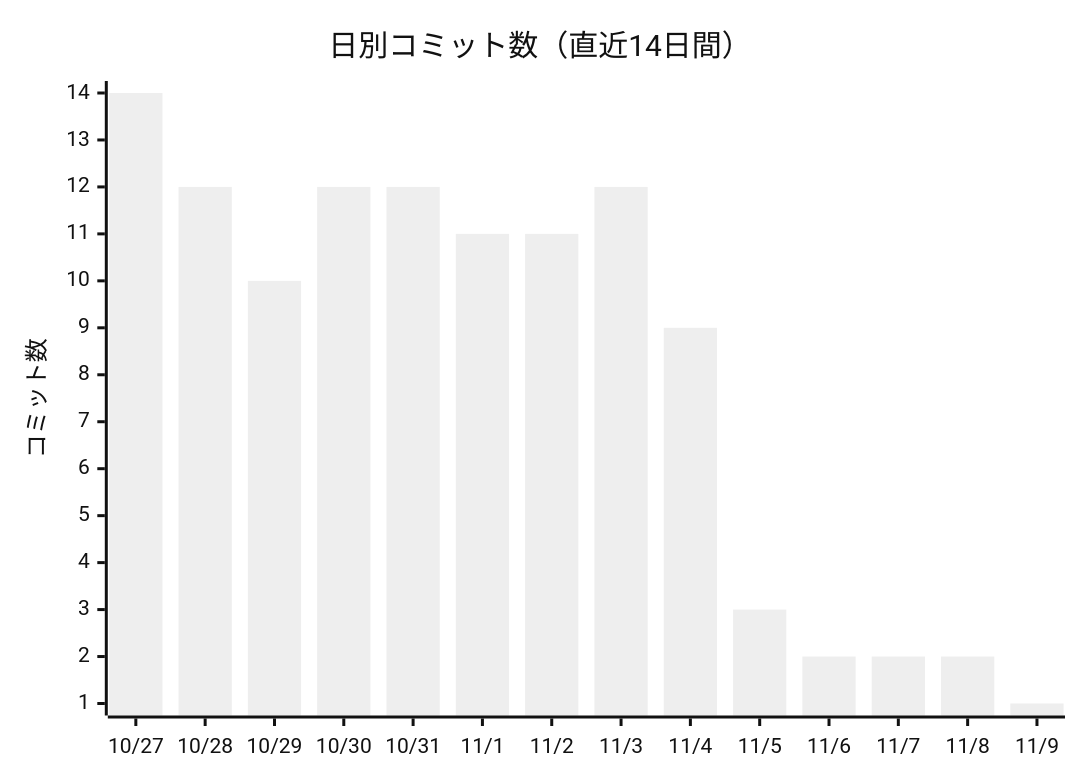
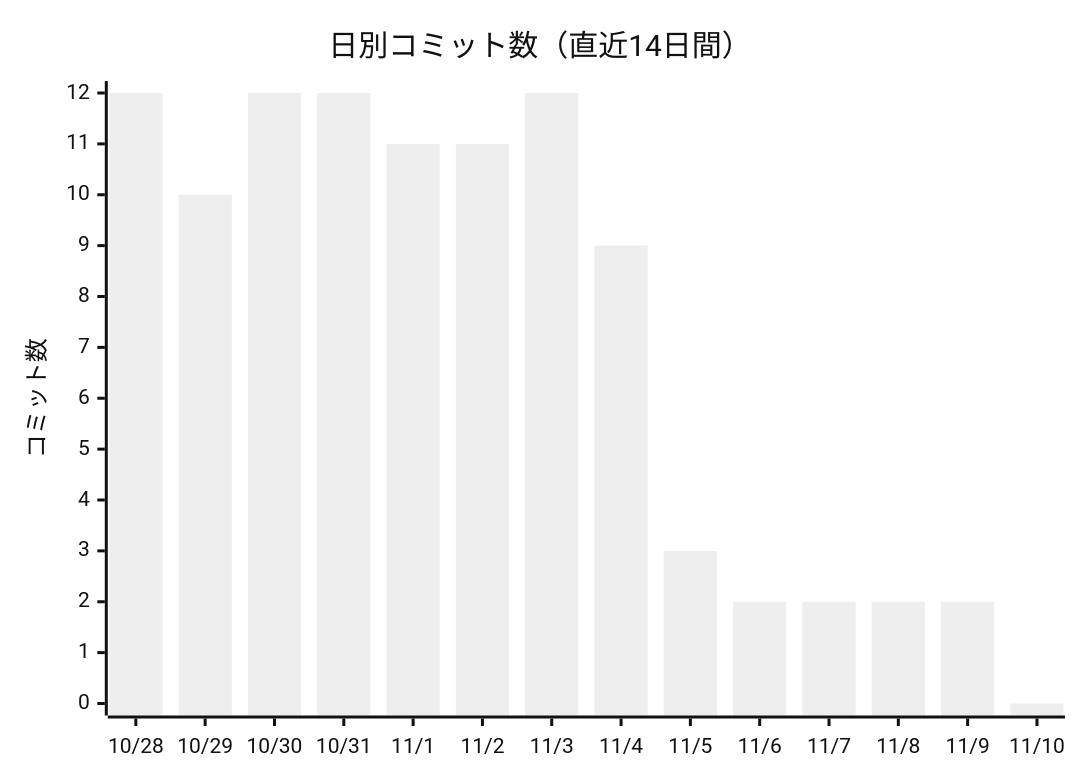
The first of 2 diagrams in docs/進化レポート.md (non-x2/non-x2), drawn with Mermaid (neutral theme) before and after one commit. The commit also changed other lines of this file and 1 other file, not shown here.

````diff
--- a/docs/進化レポート.md
+++ b/docs/進化レポート.md
@@ -23,7 +23,7 @@
 ```mermaid
 xychart-beta
     title "日別コミット数（直近14日間）"
-    x-axis ["10/27", "10/28", "10/29", "10/30", "10/31", "11/1", "11/2", "11/3", "11/4", "11/5", "11/6", "11/7", "11/8", "11/9"]
+    x-axis ["10/28", "10/29", "10/30", "10/31", "11/1", "11/2", "11/3", "11/4", "11/5", "11/6", "11/7", "11/8", "11/9", "11/10"]
     y-axis "コミット数"
-    bar [14, 12, 10, 12, 12, 11, 11, 12, 9, 3, 2, 2, 2, 1]
+    bar [12, 10, 12, 12, 11, 11, 12, 9, 3, 2, 2, 2, 2, 0]
 ```
````
